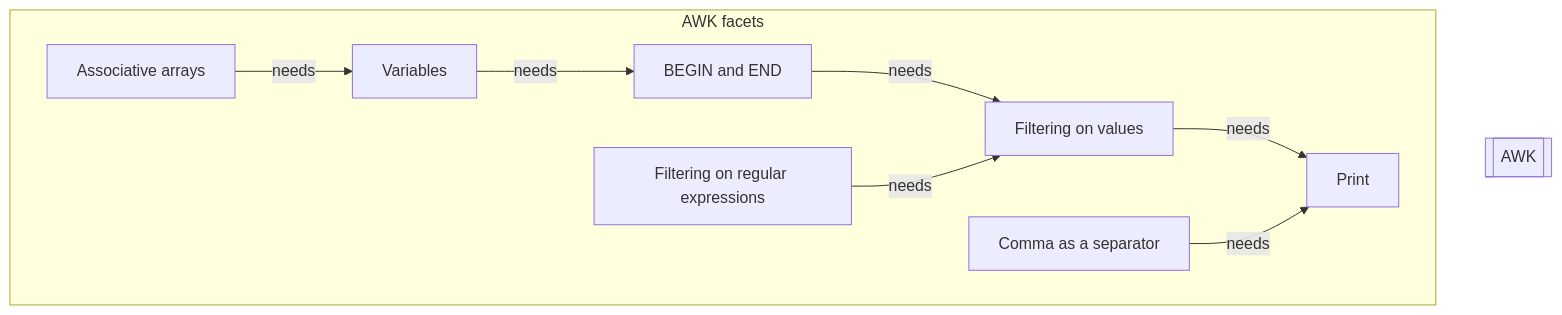
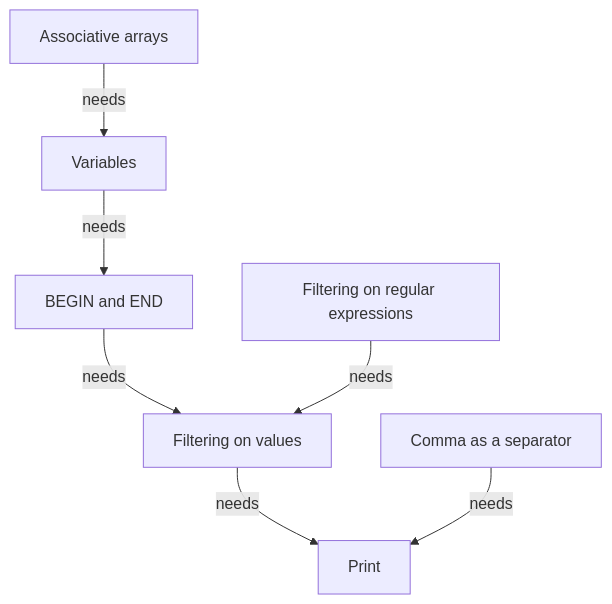
The diagram in docs/morning_session/overview.md (richelbilderbeek/awk_course), drawn with Mermaid before and after one commit.

Commit message:
No subgraph needed

````diff
--- a/docs/morning_session/overview.md
+++ b/docs/morning_session/overview.md
@@ -24,23 +24,19 @@
 ```mermaid
 flowchart TD
 
-  awk[[AWK]]
-
-  subgraph awk_facets[AWK facets]
-    print[Print]
-    filtering_on_values[Filtering on values]
-    begin_and_end[BEGIN and END]
-    variables[Variables]
-    associative_arrays[Associative arrays]
-    filtering_on_regex[Filtering on regular expressions]
-    comma_as_separator[Comma as a separator]
-  end
+  print[Print]
+  filtering_on_values[Filtering on values]
+  begin_and_end[BEGIN and END]
+  variables[Variables]
+  associative_arrays[Associative arrays]
+  filtering_on_regex[Filtering on regular expressions]
+  comma_as_separator[Comma as a separator]
 
   %% Facets of AWK
   filtering_on_values --> |needs| print
   comma_as_separator --> |needs| print
   begin_and_end --> |needs| filtering_on_values
   variables --> |needs| begin_and_end
   associative_arrays --> |needs| variables
   filtering_on_regex --> |needs| filtering_on_values
 ```
````
